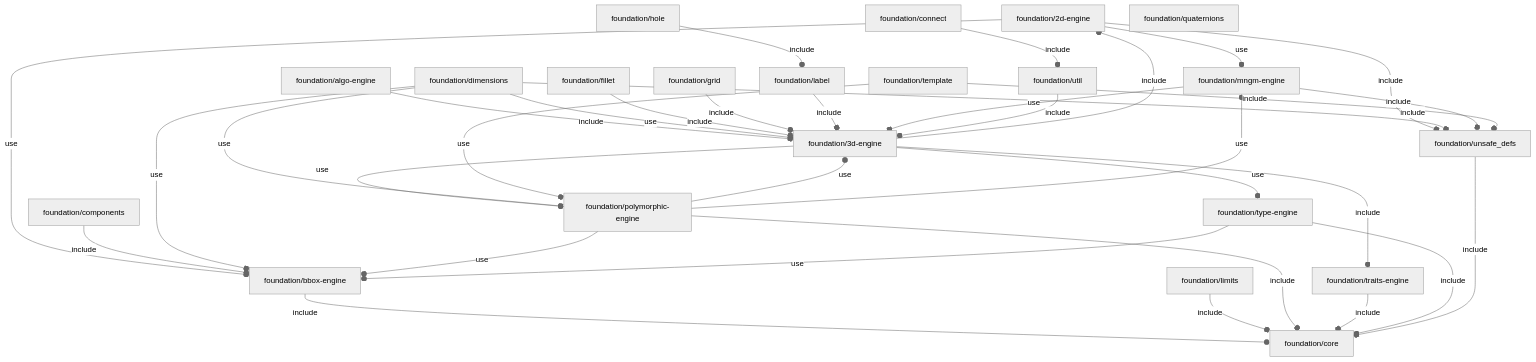
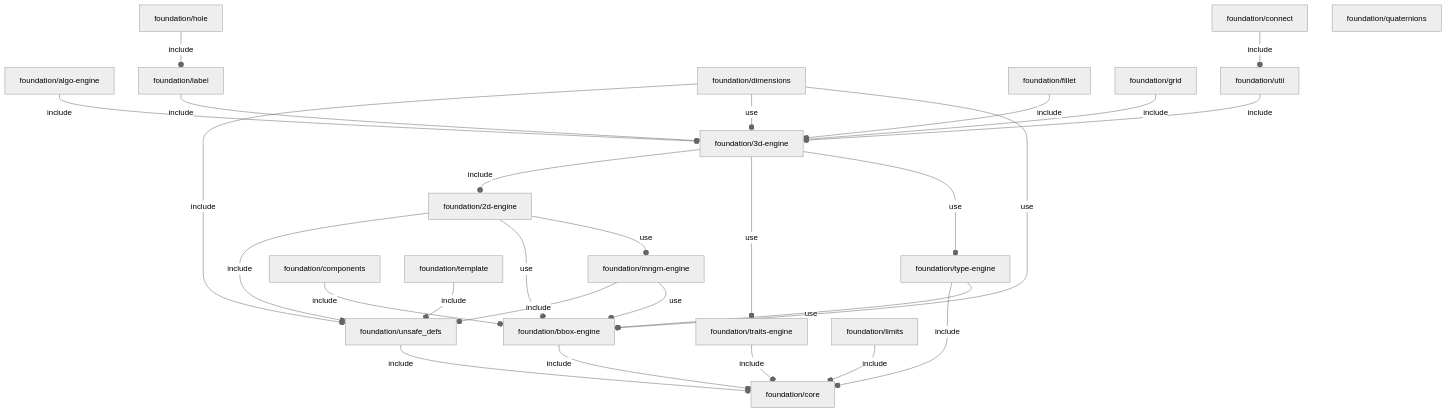
The diagram in orthodocs/foundation/deps.md (ggabbiani/OFL), drawn with Mermaid (neutral theme) before and after one commit. The commit also changed 69 other files, not shown here.

````diff
--- a/orthodocs/foundation/deps.md
+++ b/orthodocs/foundation/deps.md
@@ -3,38 +3,31 @@
 ```mermaid
 graph TD
     A1[foundation/2d-engine] --o|include| A2[foundation/unsafe_defs]
     A1 --o|use| A3[foundation/bbox-engine]
     A1 --o|use| A4[foundation/mngm-engine]
     A5[foundation/3d-engine] --o|include| A1
-    A5 --o|include| A6[foundation/traits-engine]
-    A5 --o|use| A7[foundation/polymorphic-engine]
-    A5 --o|use| A8[foundation/type-engine]
-    A9[foundation/algo-engine] --o|include| A5
-    A3 --o|include| A10[foundation/core]
-    A11[foundation/components] --o|include| A3
-    A12[foundation/connect] --o|include| A13[foundation/util]
-    A10
-    A14[foundation/dimensions] --o|include| A2
-    A14 --o|use| A5
-    A14 --o|use| A3
-    A14 --o|use| A7
-    A15[foundation/fillet] --o|include| A5
-    A16[foundation/grid] --o|include| A5
-    A17[foundation/hole] --o|include| A18[foundation/label]
-    A18 --o|include| A5
-    A19[foundation/limits] --o|include| A10
+    A5 --o|use| A6[foundation/traits-engine]
+    A5 --o|use| A7[foundation/type-engine]
+    A8[foundation/algo-engine] --o|include| A5
+    A3 --o|include| A9[foundation/core]
+    A10[foundation/components] --o|include| A3
+    A11[foundation/connect] --o|include| A12[foundation/util]
+    A9
+    A13[foundation/dimensions] --o|include| A2
+    A13 --o|use| A5
+    A13 --o|use| A3
+    A14[foundation/fillet] --o|include| A5
+    A15[foundation/grid] --o|include| A5
+    A16[foundation/hole] --o|include| A17[foundation/label]
+    A17 --o|include| A5
+    A18[foundation/limits] --o|include| A9
     A4 --o|include| A2
-    A4 --o|use| A5
-    A7 --o|include| A10
-    A7 --o|use| A5
+    A4 --o|use| A3
+    A19[foundation/quaternions]
+    A20[foundation/template] --o|include| A2
+    A6 --o|include| A9
+    A7 --o|include| A9
     A7 --o|use| A3
-    A7 --o|use| A4
-    A20[foundation/quaternions]
-    A21[foundation/template] --o|include| A2
-    A21 --o|use| A7
-    A6 --o|include| A10
-    A8 --o|include| A10
-    A8 --o|use| A3
-    A2 --o|include| A10
-    A13 --o|include| A5
+    A2 --o|include| A9
+    A12 --o|include| A5
 ```
````
